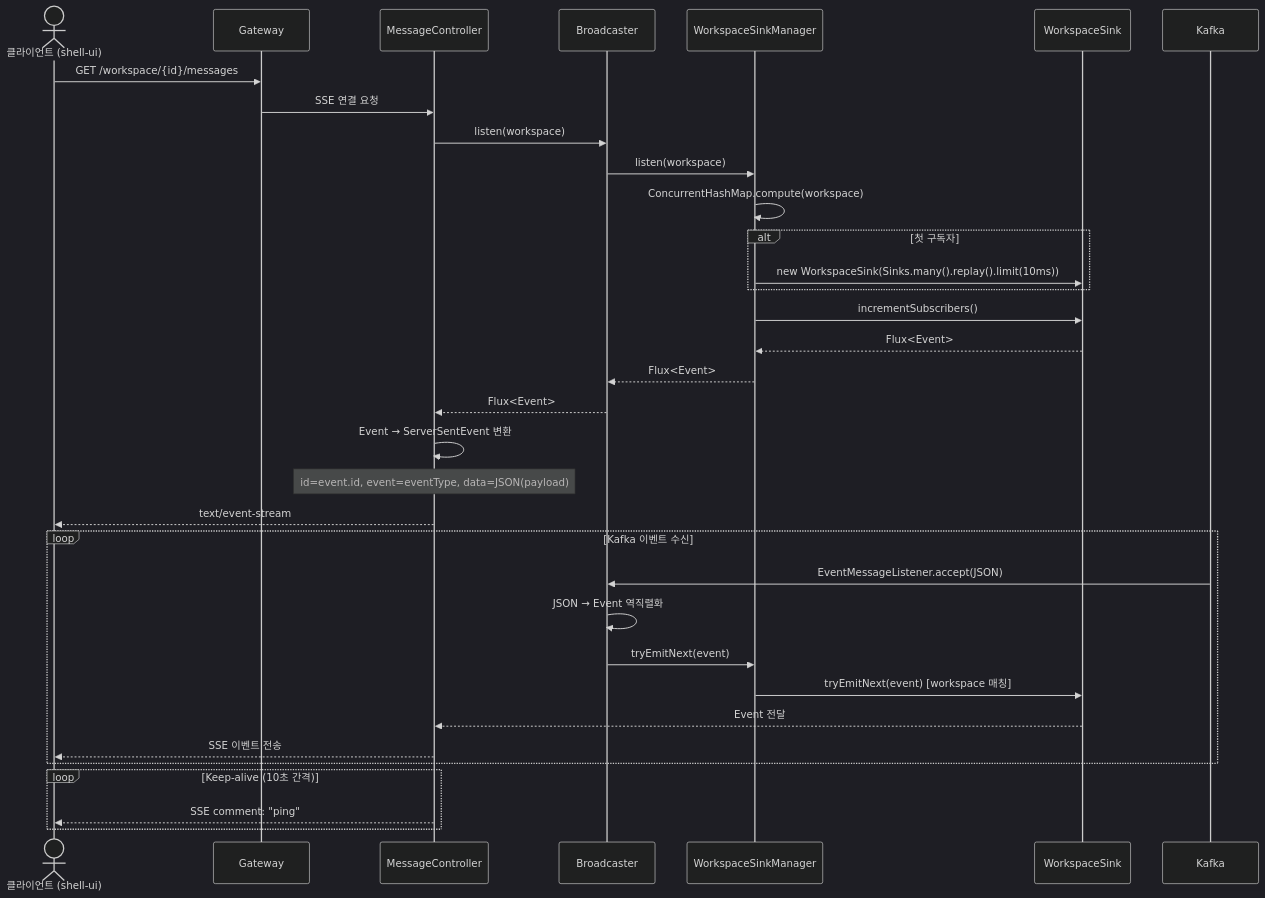
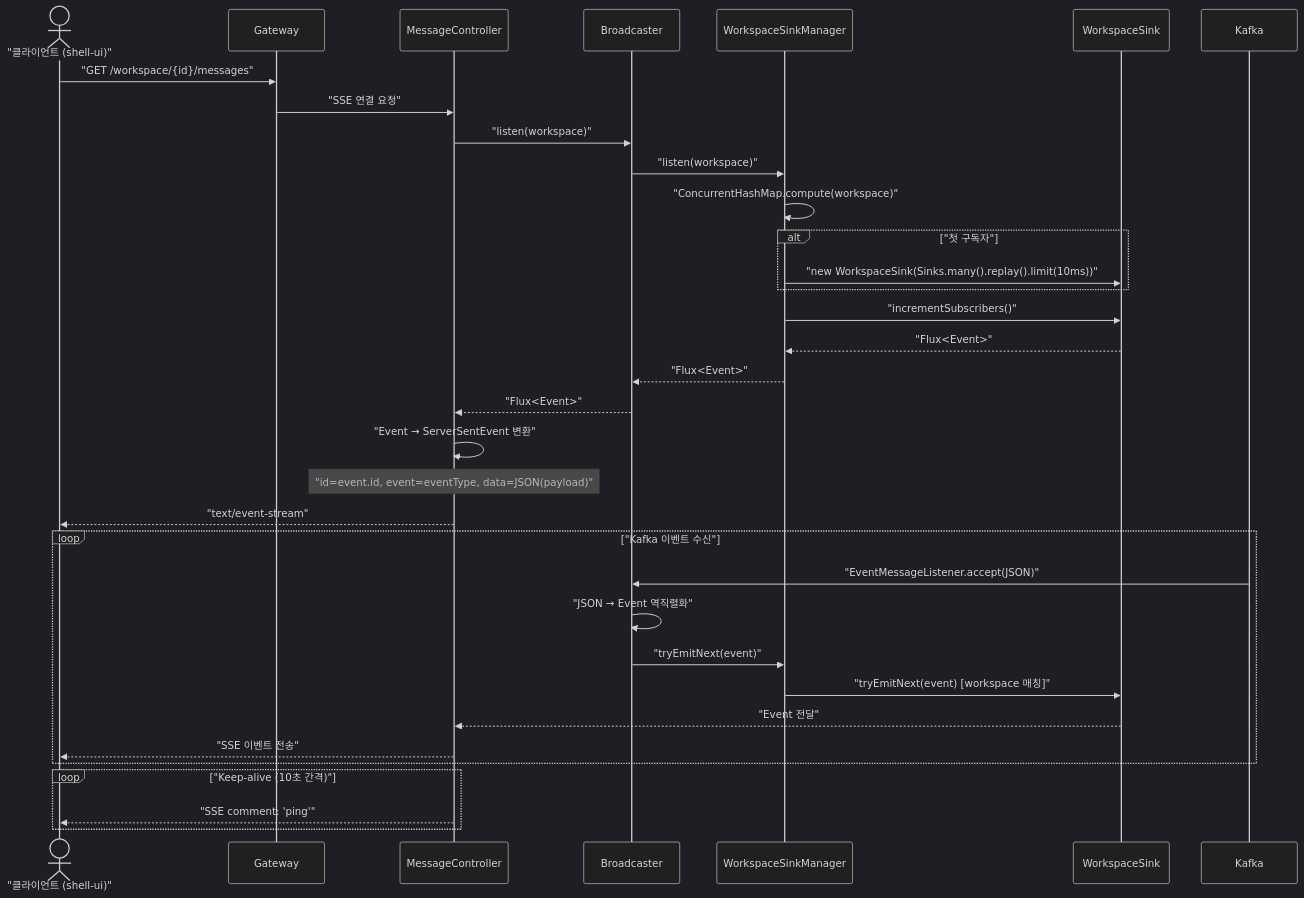
The first of 4 diagrams in event-broadcaster/USECASE.md (sayaya1090/handbook), drawn with Mermaid (dark theme) before and after one commit. The commit also changed other lines of this file and 22 other files, not shown here.

First line of the commit message:
docs: Mermaid 다이어그램 렌더링 오류 수정을 위한 구문 전수 교정

````diff
--- a/event-broadcaster/USECASE.md
+++ b/event-broadcaster/USECASE.md
@@ -5,39 +5,39 @@
 ```mermaid
 sequenceDiagram
-    actor Client as 클라이언트 (shell-ui)
+    actor Client as "클라이언트 (shell-ui)"
     participant GW as Gateway
     participant Ctrl as MessageController
     participant BC as Broadcaster
     participant SM as WorkspaceSinkManager
     participant WS as WorkspaceSink
     participant Kafka as Kafka
 
-    Client->>GW: GET /workspace/{id}/messages
-    GW->>Ctrl: SSE 연결 요청
-    Ctrl->>BC: listen(workspace)
-    BC->>SM: listen(workspace)
-    SM->>SM: ConcurrentHashMap.compute(workspace)
-    alt 첫 구독자
-        SM->>WS: new WorkspaceSink(Sinks.many().replay().limit(10ms))
+    Client->>GW: "GET /workspace/{id}/messages"
+    GW->>Ctrl: "SSE 연결 요청"
+    Ctrl->>BC: "listen(workspace)"
+    BC->>SM: "listen(workspace)"
+    SM->>SM: "ConcurrentHashMap.compute(workspace)"
+    alt "첫 구독자"
+        SM->>WS: "new WorkspaceSink(Sinks.many().replay().limit(10ms))"
     end
-    SM->>WS: incrementSubscribers()
-    WS-->>SM: Flux<Event>
-    SM-->>BC: Flux<Event>
-    BC-->>Ctrl: Flux<Event>
-    Ctrl->>Ctrl: Event → ServerSentEvent 변환
-    Note over Ctrl: id=event.id, event=eventType, data=JSON(payload)
-    Ctrl-->>Client: text/event-stream
+    SM->>WS: "incrementSubscribers()"
+    WS-->>SM: "Flux<Event>"
+    SM-->>BC: "Flux<Event>"
+    BC-->>Ctrl: "Flux<Event>"
+    Ctrl->>Ctrl: "Event → ServerSentEvent 변환"
+    Note over Ctrl: "id=event.id, event=eventType, data=JSON(payload)"
+    Ctrl-->>Client: "text/event-stream"
 
-    loop Kafka 이벤트 수신
-        Kafka->>BC: EventMessageListener.accept(JSON)
-        BC->>BC: JSON → Event 역직렬화
-        BC->>SM: tryEmitNext(event)
-        SM->>WS: tryEmitNext(event) [workspace 매칭]
-        WS-->>Ctrl: Event 전달
-        Ctrl-->>Client: SSE 이벤트 전송
+    loop "Kafka 이벤트 수신"
+        Kafka->>BC: "EventMessageListener.accept(JSON)"
+        BC->>BC: "JSON → Event 역직렬화"
+        BC->>SM: "tryEmitNext(event)"
+        SM->>WS: "tryEmitNext(event) [workspace 매칭]"
+        WS-->>Ctrl: "Event 전달"
+        Ctrl-->>Client: "SSE 이벤트 전송"
     end
 
-    loop Keep-alive (10초 간격)
-        Ctrl-->>Client: SSE comment: "ping"
+    loop "Keep-alive (10초 간격)"
+        Ctrl-->>Client: "SSE comment: 'ping'"
     end
 ```
````
